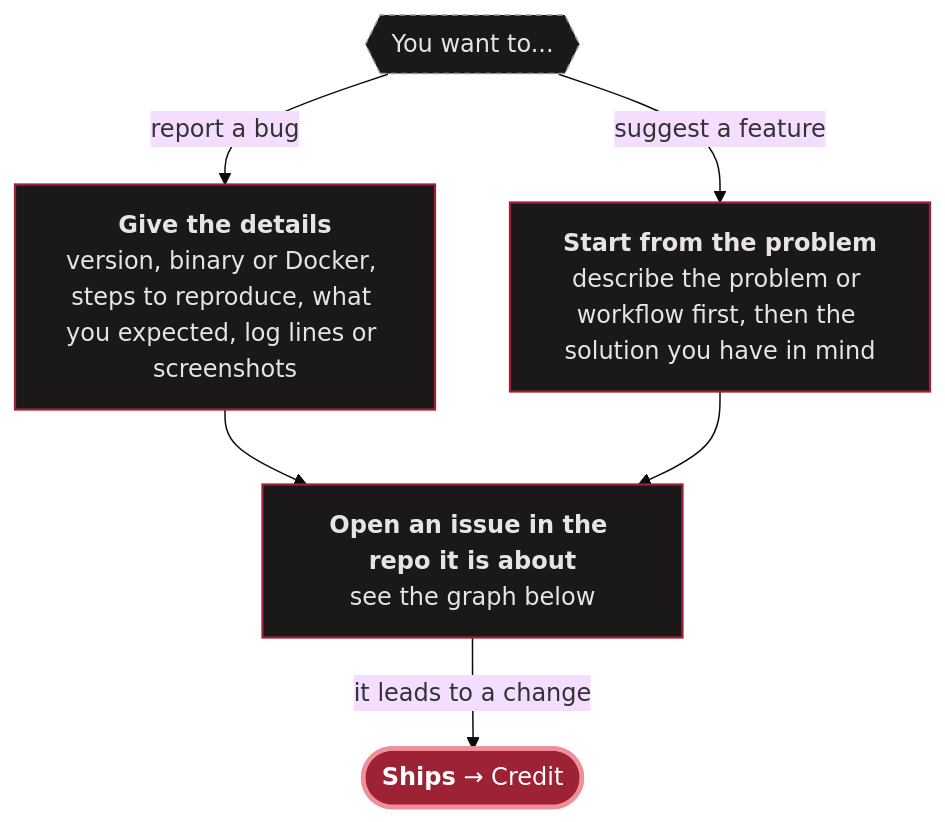
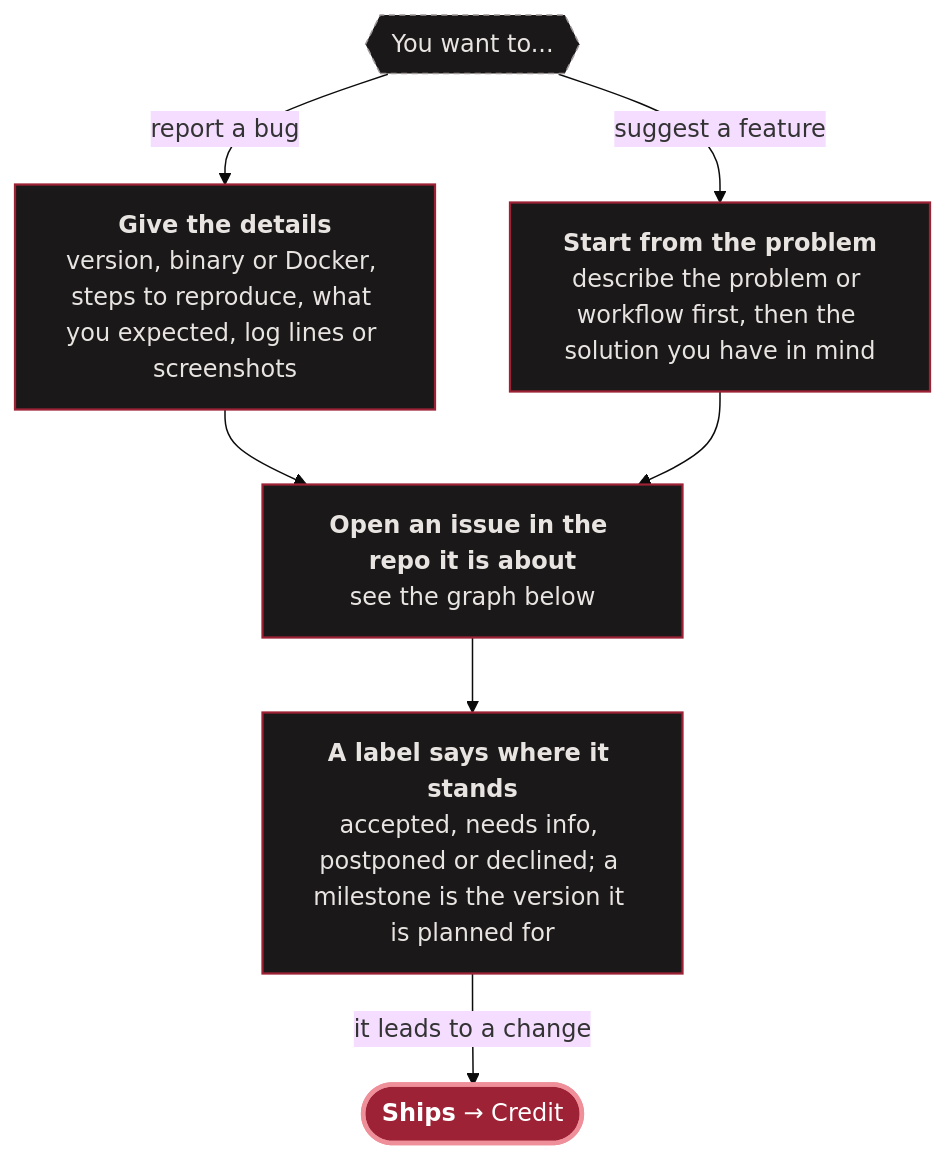
Before and after one commit to monbooru/monbooru: the second of 8 diagrams in CONTRIBUTING.md, drawn with Mermaid (base theme). The commit also changed other lines of this file, not shown here.

Commit message:
docs(contributing): what the issue labels mean

````diff
--- a/CONTRIBUTING.md
+++ b/CONTRIBUTING.md
@@ -65,27 +65,29 @@
 ```mermaid
 ---
 config:
   layout: dagre
   flowchart:
     wrappingWidth: 220
 ---
 flowchart TD
     want{{"You want to..."}}
     want -->|"report a bug"| bug["`**Give the details**
     version, binary or Docker, steps to reproduce, what you expected, log lines or screenshots`"]
     want -->|"suggest a feature"| idea["`**Start from the problem**
     describe the problem or workflow first, then the solution you have in mind`"]
     bug & idea --> issue["`**Open an issue in the repo it is about**
     see the graph below`"]
-    issue -->|"it leads to a change"| ship(["`**Ships** → Credit`"])
+    issue --> state["`**A label says where it stands**
+    accepted, needs info, postponed or declined; a milestone is the version it is planned for`"]
+    state -->|"it leads to a change"| ship(["`**Ships** → Credit`"])
 
     class ship hub;
-    class bug,idea,issue step;
+    class bug,idea,issue,state step;
     class want ask;
 
     classDef hub  fill:#9d2235,stroke:#ef8f99,stroke-width:3px,color:#ffffff;
     classDef case fill:#3a161c,stroke:#ef8f99,stroke-width:1.5px,color:#ffffff;
     classDef step fill:#1a1818,stroke:#9d2235,stroke-width:1.5px,color:#e8e4e2;
     classDef ask  fill:#1a1818,stroke:#a09898,stroke-width:1px,stroke-dasharray:4 3,color:#e8e4e2;
     classDef repo fill:#1a1818,stroke:#a09898,stroke-width:1px,color:#a09898;
 ```
````
